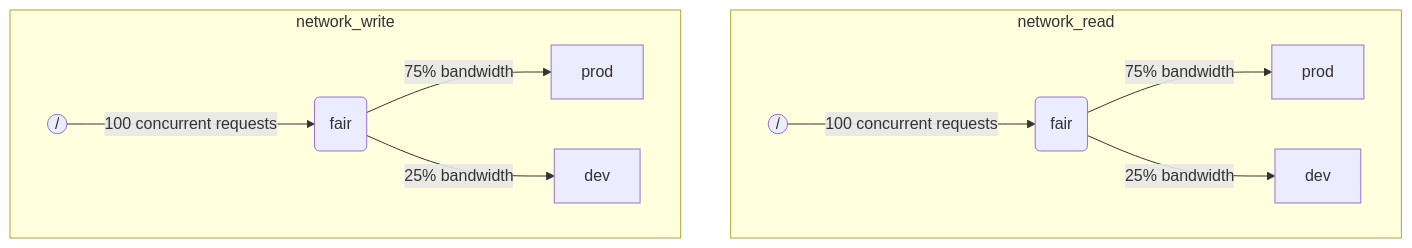
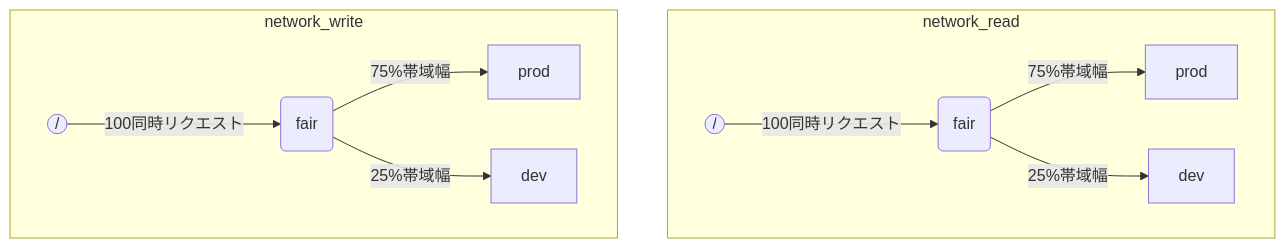
The diagram in i18n/jp/docusaurus-plugin-content-docs/current/operations/workload-scheduling.md (ClickHouse/clickhouse-docs), drawn with Mermaid before and after one commit. The commit also changed other lines of this file and 1320 other files, not shown here.

````diff
--- a/i18n/jp/docusaurus-plugin-content-docs/current/operations/workload-scheduling.md
+++ b/i18n/jp/docusaurus-plugin-content-docs/current/operations/workload-scheduling.md
@@ -86,18 +89,18 @@
 ```mermaid
 graph TD
     subgraph network_read
     nr_root(("/"))
-    -->|100 concurrent requests| nr_fair("fair")
-    -->|75% bandwidth| nr_prod["prod"]
+    -->|100同時リクエスト| nr_fair("fair")
+    -->|75%帯域幅| nr_prod["prod"]
     nr_fair
-    -->|25% bandwidth| nr_dev["dev"]
+    -->|25%帯域幅| nr_dev["dev"]
     end
 
     subgraph network_write
     nw_root(("/"))
-    -->|100 concurrent requests| nw_fair("fair")
-    -->|75% bandwidth| nw_prod["prod"]
+    -->|100同時リクエスト| nw_fair("fair")
+    -->|75%帯域幅| nw_prod["prod"]
     nw_fair
-    -->|25% bandwidth| nw_dev["dev"]
+    -->|25%帯域幅| nw_dev["dev"]
     end
 ```
````
